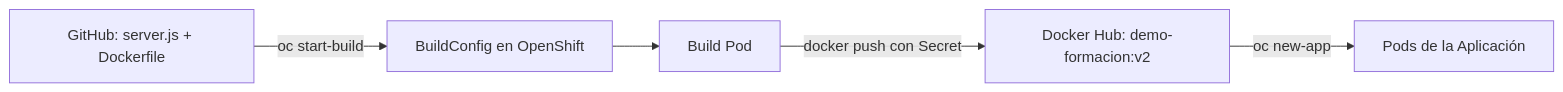
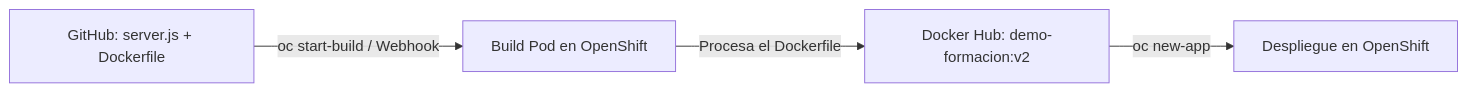
The sixth of 6 diagrams in docs/sesion4/4.5 Construir en la plataforma.md (ieftraining/curso-openshift), drawn with Mermaid before and after one commit. The commit also changed other lines of this file, not shown here.

````diff
--- a/docs/sesion4/4.5 Construir en la plataforma.md
+++ b/docs/sesion4/4.5 Construir en la plataforma.md
@@ -151,7 +188,6 @@
 ```mermaid
 flowchart LR
-    GH[GitHub: server.js + Dockerfile] -->|oc start-build| BC[BuildConfig en OpenShift]
-    BC --> BP[Build Pod]
-    BP -->|docker push con Secret| DH[Docker Hub: demo-formacion:v2]
-    DH -->|oc new-app| POD[Pods de la Aplicación]
+    A[GitHub: server.js + Dockerfile] -->|oc start-build / Webhook| B[Build Pod en OpenShift]
+    B -->|Procesa el Dockerfile| C[Docker Hub: demo-formacion:v2]
+    C -->|oc new-app| D[Despliegue en OpenShift]
 ```
````
